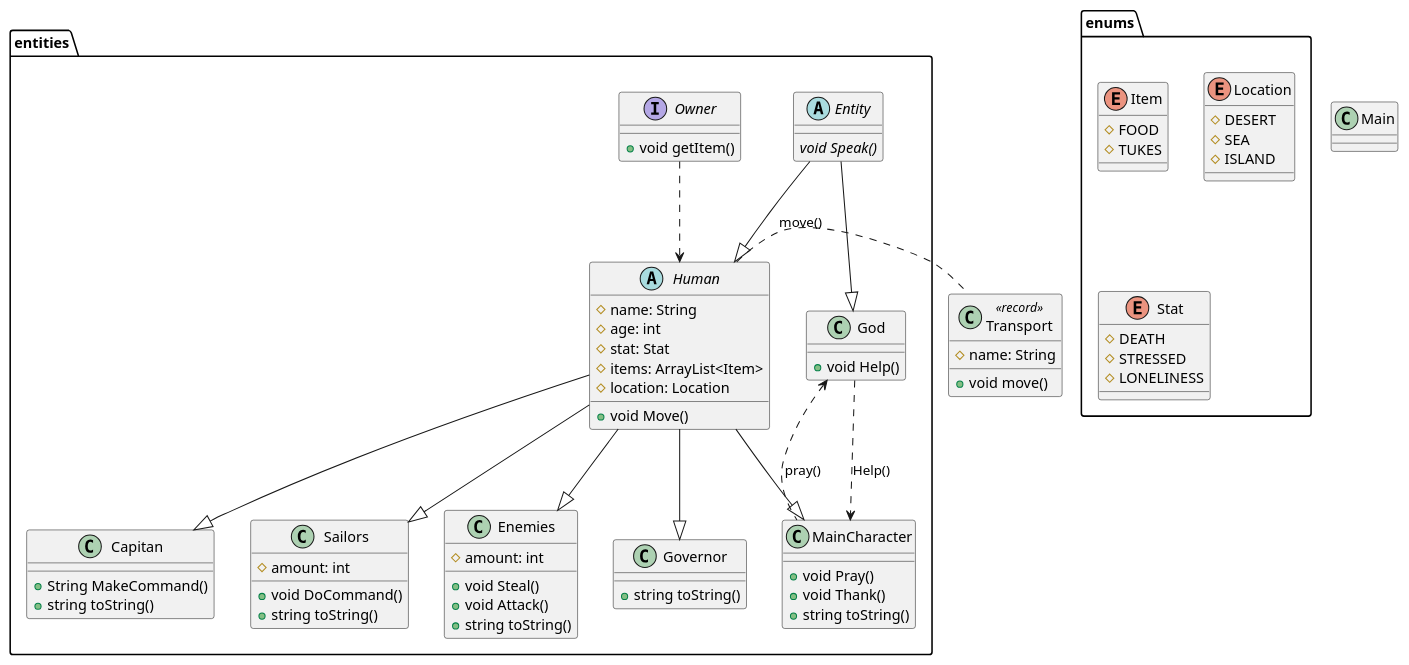
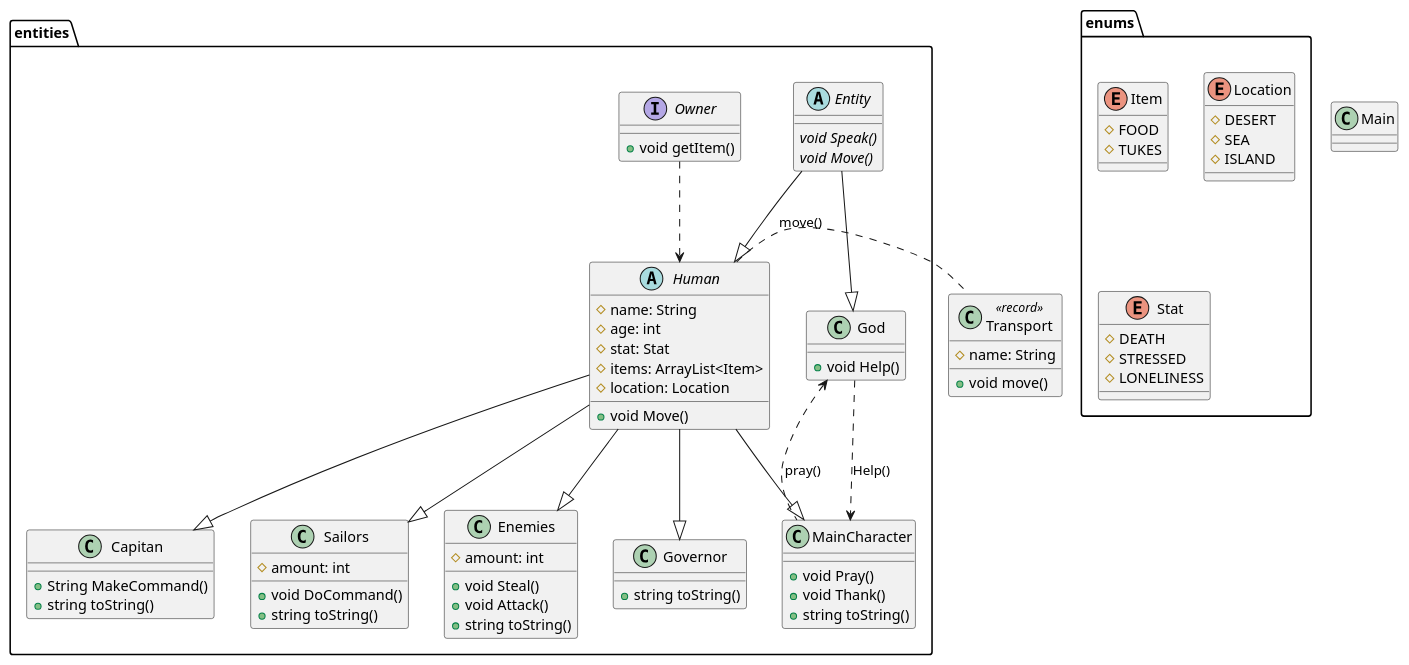
One commit to Dkanil/ITMO changed the diagram in semester1/programming/lab3/Diagram.puml. Above: the diagram before and after it, drawn with PlantUML. The commit also changed 7 other files, not shown here.

```diff
--- a/semester1/programming/lab3/Diagram.puml
+++ b/semester1/programming/lab3/Diagram.puml
@@ -1,79 +1,80 @@
 @startuml
 Class Main
 package entities{
     abstract class Entity {
         {abstract} void Speak()
+        {abstract} void Move()
     }
     Class God {
         + void Help()
     }
     abstract Class Human {
         # name: String
         # age: int
         # stat: Stat
         # items: ArrayList<Item>
         # location: Location
         + void Move()
     }
     Class Capitan {
         + String MakeCommand()
         + string toString()
     }
     Class Sailors {
         # amount: int
         + void DoCommand()
         + string toString()
     }
     Class Enemies {
         # amount: int
         + void Steal()
         + void Attack()
         + string toString()
     }
     Class Governor {
         + string toString()
     }
     Class MainCharacter {
         + void Pray()
         + void Thank()
         + string toString()
     }
     interface Owner{
         + void getItem()
     }
 }
 
 package enums{
     Enum Item{
         # FOOD
         # TUKES
     }
     Enum Location{
         # DESERT
         # SEA
         # ISLAND
     }
     Enum Stat {
         # DEATH
         # STRESSED
         # LONELINESS
     }
 }
 class Transport <<record>>{
     # name: String
     + void move()
 }
 
 Human . Transport: move()
 God <.. MainCharacter: pray()
 God ..> MainCharacter: Help()
 Owner ..> Human
 Entity --|> Human
 Entity --|> God
 Human --|> Capitan
 Human --|> Sailors
 Human --|> Enemies
 Human --|> Governor
 Human --|> MainCharacter
 
 @enduml
```
